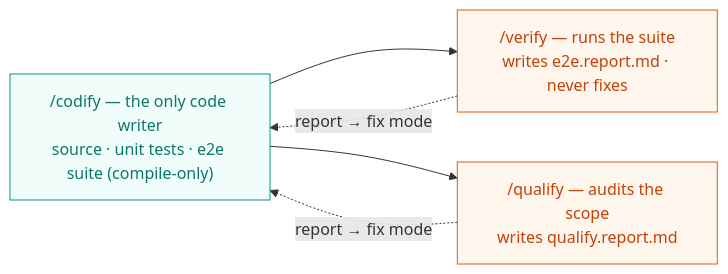
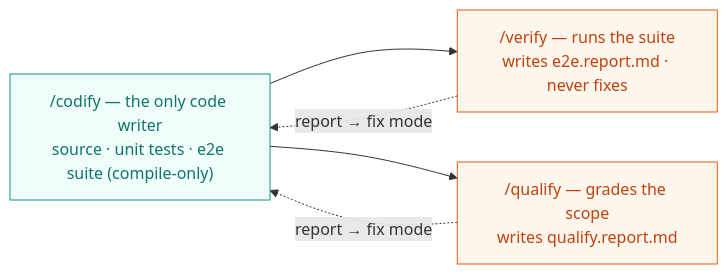
Before and after one commit to AIDDbot/AIDDbot: the second of 10 diagrams in docs/AIDD.workflow.md, drawn with Mermaid. The commit also changed other lines of this file and 5 other files, not shown here.

````diff
--- a/docs/AIDD.workflow.md
+++ b/docs/AIDD.workflow.md
@@ -37,14 +37,14 @@
 ```mermaid
 flowchart LR
   classDef wr fill:#f0fdfa,stroke:#0d9488,color:#0f766e
   classDef ev fill:#fff7ed,stroke:#ea580c,color:#c2410c
 
   COD["/codify — the only code writer<br/>source · unit tests · e2e suite (compile-only)"]:::wr
   VER["/verify — runs the suite<br/>writes e2e.report.md · never fixes"]:::ev
-  REV["/qualify — audits the scope<br/>writes qualify.report.md"]:::ev
+  REV["/qualify — grades the scope<br/>writes qualify.report.md"]:::ev
 
   COD --> VER
   COD --> REV
   VER -.report → fix mode.-> COD
   REV -.report → fix mode.-> COD
 ```
````
